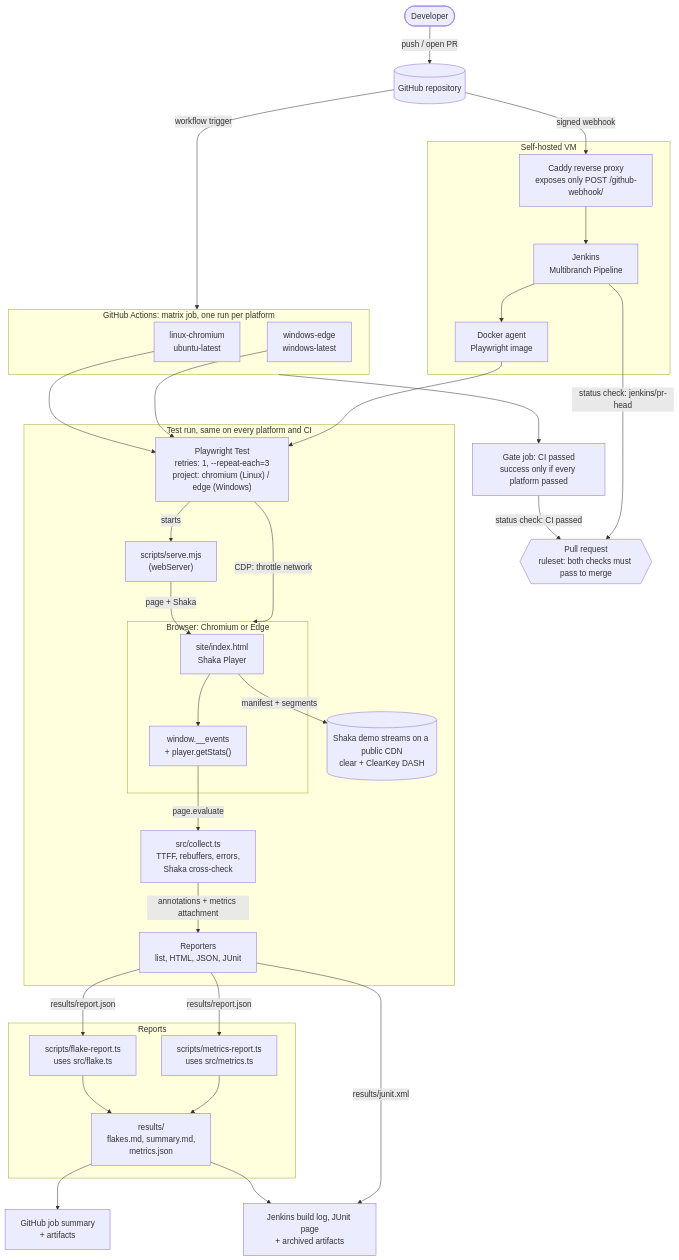
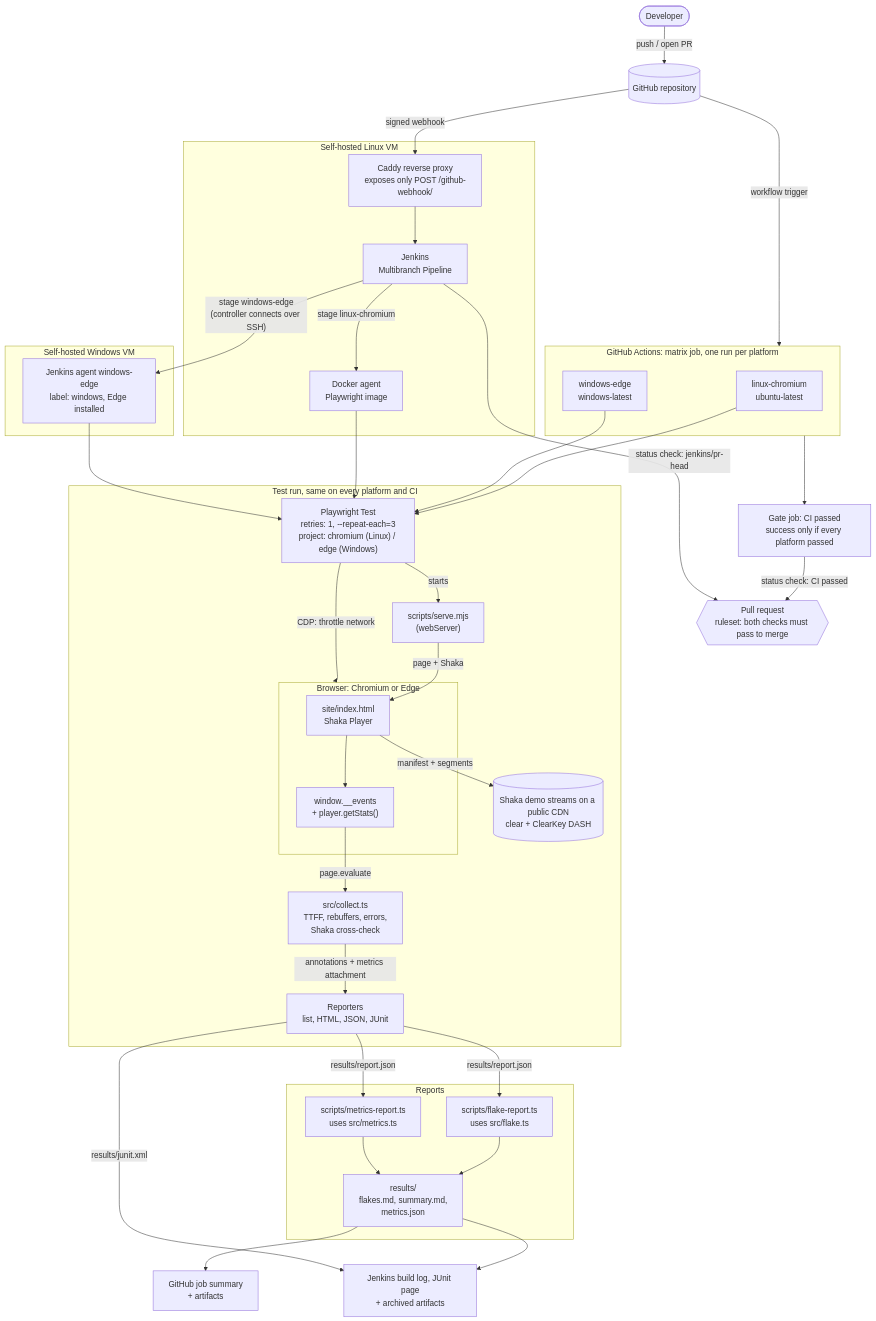
The diagram in README.md (tsuls/Playback-test-harness), drawn with Mermaid before and after one commit. The commit also changed other lines of this file and 1 other file, not shown here.

````diff
--- a/README.md
+++ b/README.md
@@ -23,62 +23,68 @@
 ```mermaid
 flowchart TB
   dev([Developer]) -- "push / open PR" --> gh[("GitHub repository")]
 
   gh -- "workflow trigger" --> gha
 
   subgraph gha ["GitHub Actions: matrix job, one run per platform"]
     linux["linux-chromium<br/>ubuntu-latest"]
     win["windows-edge<br/>windows-latest"]
   end
   gha --> gate["Gate job: CI passed<br/>success only if every platform passed"]
 
   gh -- "signed webhook" --> caddy
 
-  subgraph vm ["Self-hosted VM"]
+  subgraph vm ["Self-hosted Linux VM"]
     caddy["Caddy reverse proxy<br/>exposes only POST /github-webhook/"] --> jenkins["Jenkins<br/>Multibranch Pipeline"]
-    jenkins --> agent["Docker agent<br/>Playwright image"]
+    jenkins -- "stage linux-chromium" --> agent["Docker agent<br/>Playwright image"]
   end
+
+  subgraph winvm ["Self-hosted Windows VM"]
+    winagent["Jenkins agent windows-edge<br/>label: windows, Edge installed"]
+  end
+  jenkins -- "stage windows-edge<br/>(controller connects over SSH)" --> winagent
 
   linux --> runner
   win --> runner
   agent --> runner
+  winagent --> runner
 
   cdn[("Shaka demo streams on a public CDN<br/>clear + ClearKey DASH")]
 
   subgraph run ["Test run, same on every platform and CI"]
     runner["Playwright Test<br/>retries: 1, --repeat-each=3<br/>project: chromium (Linux) / edge (Windows)"]
     server["scripts/serve.mjs<br/>(webServer)"]
     subgraph chromium ["Browser: Chromium or Edge"]
       page["site/index.html<br/>Shaka Player"]
       events["window.__events<br/>+ player.getStats()"]
       page --> events
     end
     collect["src/collect.ts<br/>TTFF, rebuffers, errors,<br/>Shaka cross-check"]
     reporters["Reporters<br/>list, HTML, JSON, JUnit"]
 
     runner -- starts --> server
     server -- "page + Shaka" --> page
     page -- "manifest + segments" --> cdn
     runner -- "CDP: throttle network" --> chromium
     events -- "page.evaluate" --> collect
     collect -- "annotations + metrics attachment" --> reporters
   end
 
   subgraph reports ["Reports"]
     flake["scripts/flake-report.ts<br/>uses src/flake.ts"]
     metrics["scripts/metrics-report.ts<br/>uses src/metrics.ts"]
     out["results/<br/>flakes.md, summary.md,<br/>metrics.json"]
     flake --> out
     metrics --> out
   end
 
   reporters -- "results/report.json" --> flake
   reporters -- "results/report.json" --> metrics
 
   out --> ghsum["GitHub job summary<br/>+ artifacts"]
   out --> jart["Jenkins build log, JUnit page<br/>+ archived artifacts"]
   reporters -- "results/junit.xml" --> jart
 
   gate -- "status check: CI passed" --> pr{{"Pull request<br/>ruleset: both checks must pass to merge"}}
   jenkins -- "status check: jenkins/pr-head" --> pr
 ```
````
